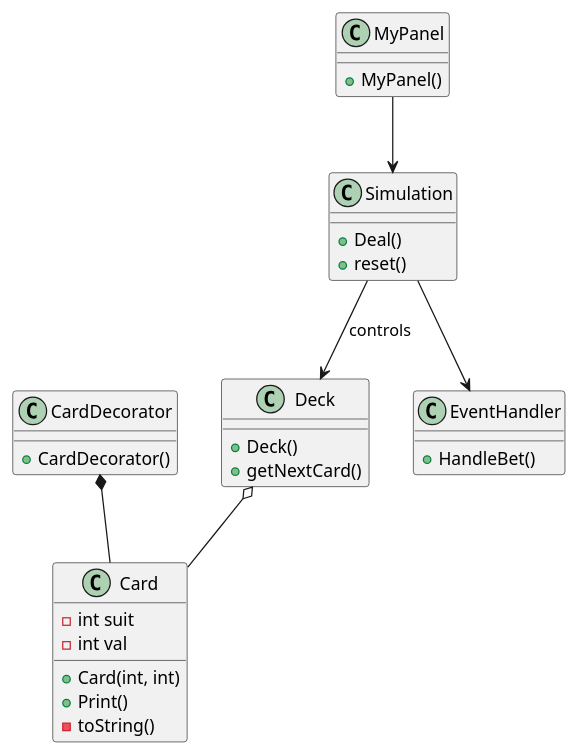
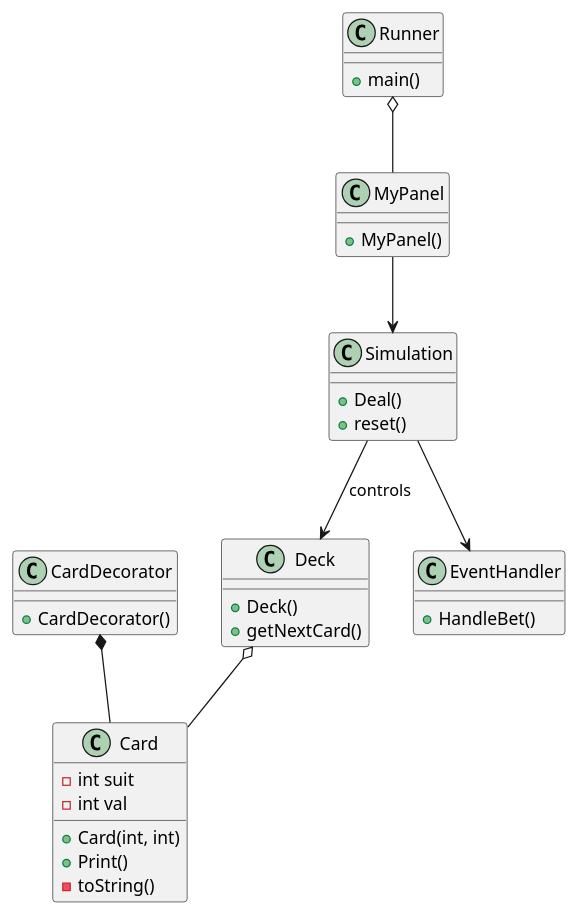
Before and after one commit to Zach-Farrell/blackjack-game: the diagram in support/uml/project.puml, drawn with PlantUML. The commit also changed 7 other files, not shown here.

```diff
--- a/support/uml/project.puml
+++ b/support/uml/project.puml
@@ -1,39 +1,44 @@
 @startuml
 class Deck {
     +Deck()
     +getNextCard()
 
 }
 
 class Card {
     +Card(int, int)
     +Print()
     -toString()
     -int suit
     -int val
 }
 
 class CardDecorator{
     +CardDecorator()
 }
 
 class Simulation {
     +Deal()
     +reset()
 
 }
 
 class EventHandler {
     +HandleBet()
 }
 
 class MyPanel {
     +MyPanel()
 }
 
+class Runner {
+	+main()
+}
+
 CardDecorator *-- Card
 Deck o-- Card
 MyPanel --> Simulation
 Simulation --> Deck : controls
 Simulation --> EventHandler
+Runner o-- MyPanel
 @enduml
```
